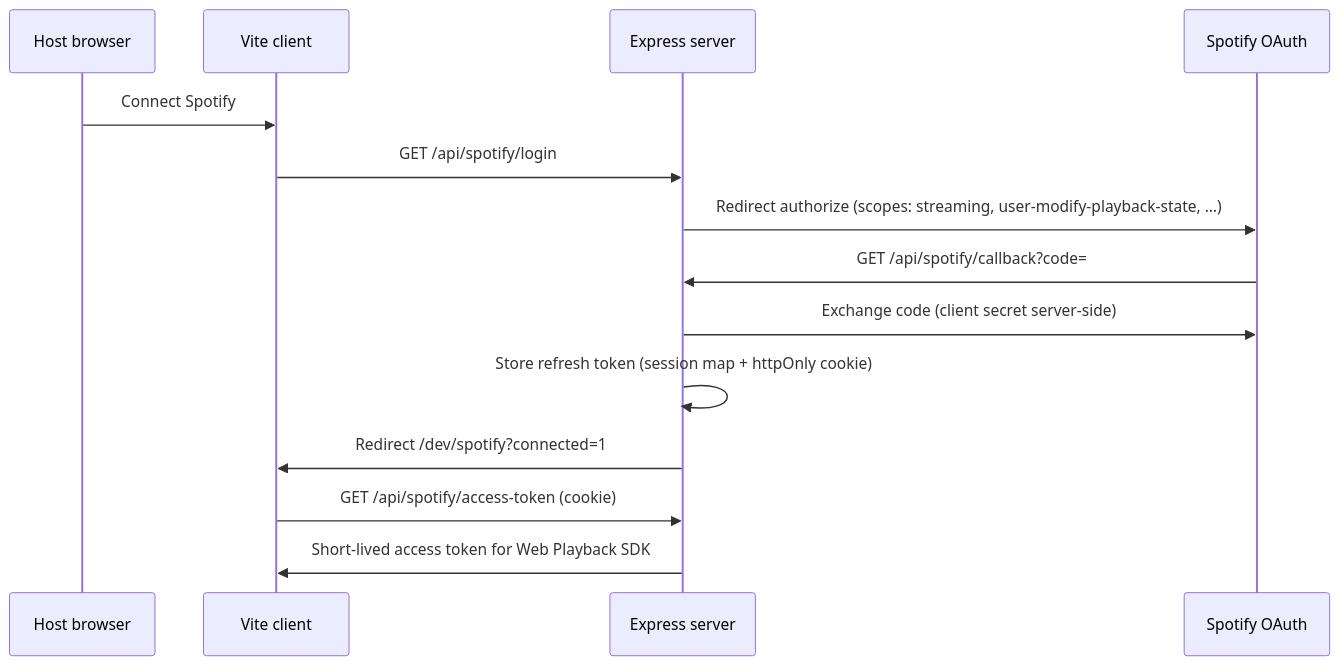
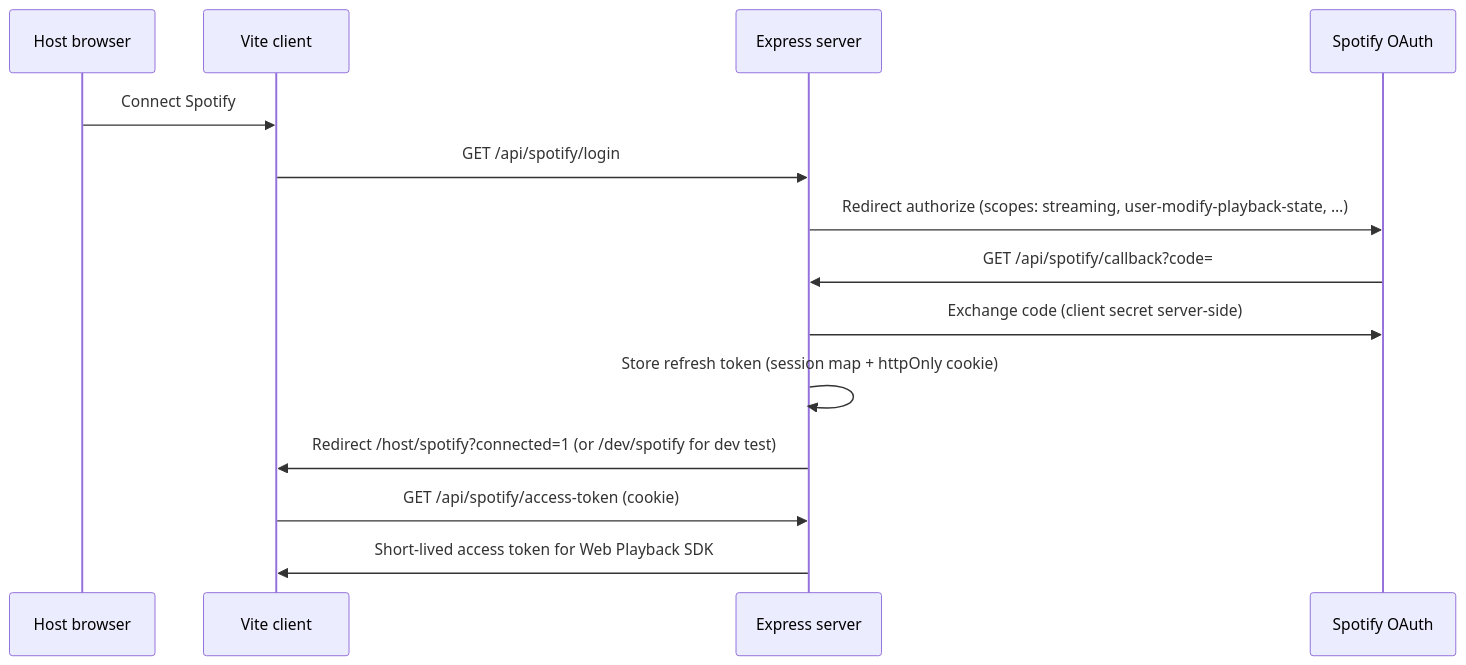
One commit to samirr2502/spot-the-song changed the diagram in docs/SPOTIFY_ARCHITECTURE.md. Above: the diagram before and after it, drawn with Mermaid. The commit also changed other lines of this file and 71 other files, not shown here.

````diff
--- a/docs/SPOTIFY_ARCHITECTURE.md
+++ b/docs/SPOTIFY_ARCHITECTURE.md
@@ -22,17 +29,17 @@
 ```mermaid
 sequenceDiagram
   participant Host as Host browser
   participant Client as Vite client
   participant Server as Express server
   participant Spotify as Spotify OAuth
 
   Host->>Client: Connect Spotify
   Client->>Server: GET /api/spotify/login
   Server->>Spotify: Redirect authorize (scopes: streaming, user-modify-playback-state, …)
   Spotify->>Server: GET /api/spotify/callback?code=
   Server->>Spotify: Exchange code (client secret server-side)
   Server->>Server: Store refresh token (session map + httpOnly cookie)
-  Server->>Client: Redirect /dev/spotify?connected=1
+  Server->>Client: Redirect /host/spotify?connected=1 (or /dev/spotify for dev test)
   Client->>Server: GET /api/spotify/access-token (cookie)
   Server->>Client: Short-lived access token for Web Playback SDK
 ```
````
